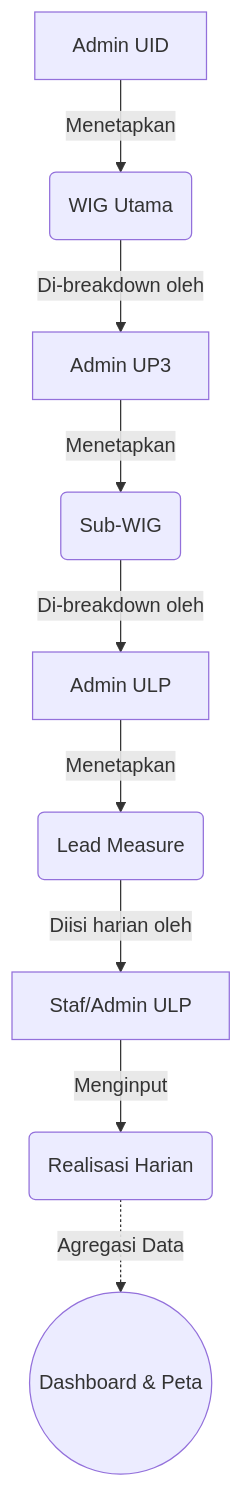
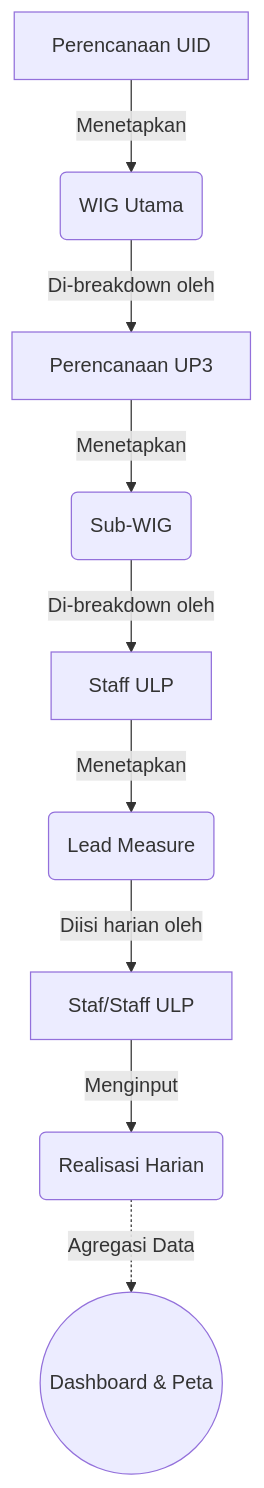
The diagram in Laporan_Alur_dan_Fitur_4DX.md (willyindonesia94/4dx), drawn with Mermaid before and after one commit. The commit also changed other lines of this file and 34 other files, not shown here.

````diff
--- a/Laporan_Alur_dan_Fitur_4DX.md
+++ b/Laporan_Alur_dan_Fitur_4DX.md
@@ -20,11 +20,11 @@
 ```mermaid
 graph TD
-    A[Admin UID] -->|Menetapkan| B(WIG Utama)
-    B -->|Di-breakdown oleh| C[Admin UP3]
+    A[Perencanaan UID] -->|Menetapkan| B(WIG Utama)
+    B -->|Di-breakdown oleh| C[Perencanaan UP3]
     C -->|Menetapkan| D(Sub-WIG)
-    D -->|Di-breakdown oleh| E[Admin ULP]
+    D -->|Di-breakdown oleh| E[Staff ULP]
     E -->|Menetapkan| F(Lead Measure)
-    F -->|Diisi harian oleh| G[Staf/Admin ULP]
+    F -->|Diisi harian oleh| G[Staf/Staff ULP]
     G -->|Menginput| H(Realisasi Harian)
     H -.->|Agregasi Data| I((Dashboard & Peta))
 ```
````
